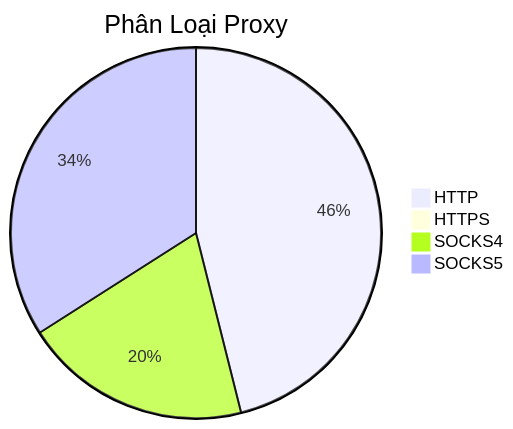
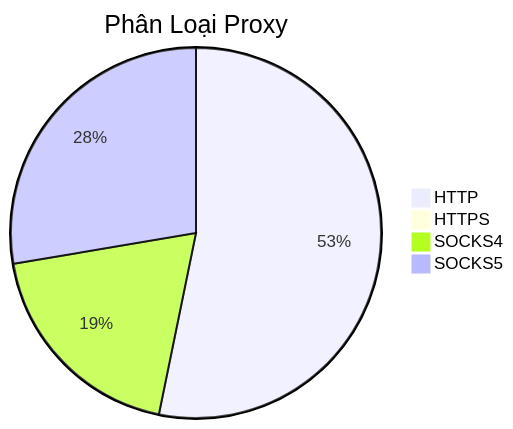
The diagram in README.md (Ciara-12/PROXY-free), drawn with Mermaid before and after one commit. The commit also changed other lines of this file and 4 other files, not shown here.

````diff
--- a/README.md
+++ b/README.md
@@ -26,7 +26,7 @@
 ```mermaid
 pie title Phân Loại Proxy
-    "HTTP" : 459
-    "HTTPS" : 0
-    "SOCKS4" : 198
-    "SOCKS5" : 339
+    "HTTP" : 654
+    "HTTPS" : 1
+    "SOCKS4" : 235
+    "SOCKS5" : 340
 ```
````
